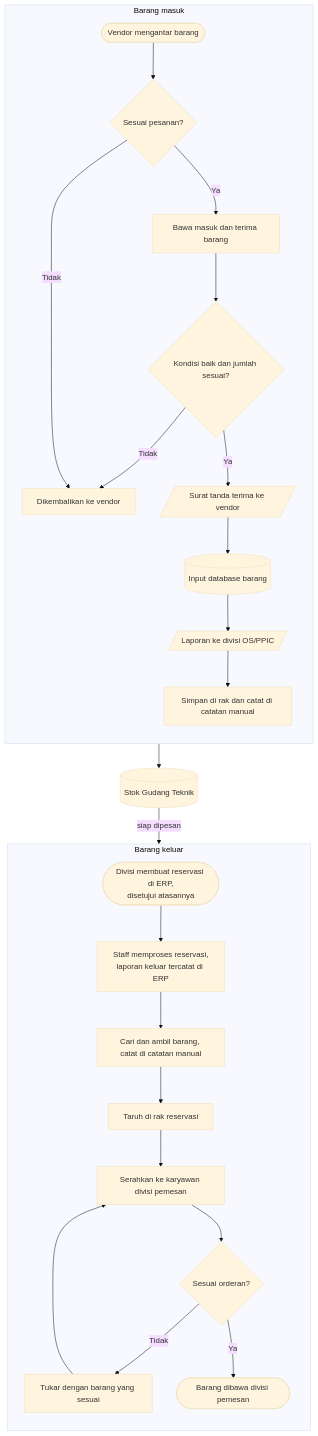
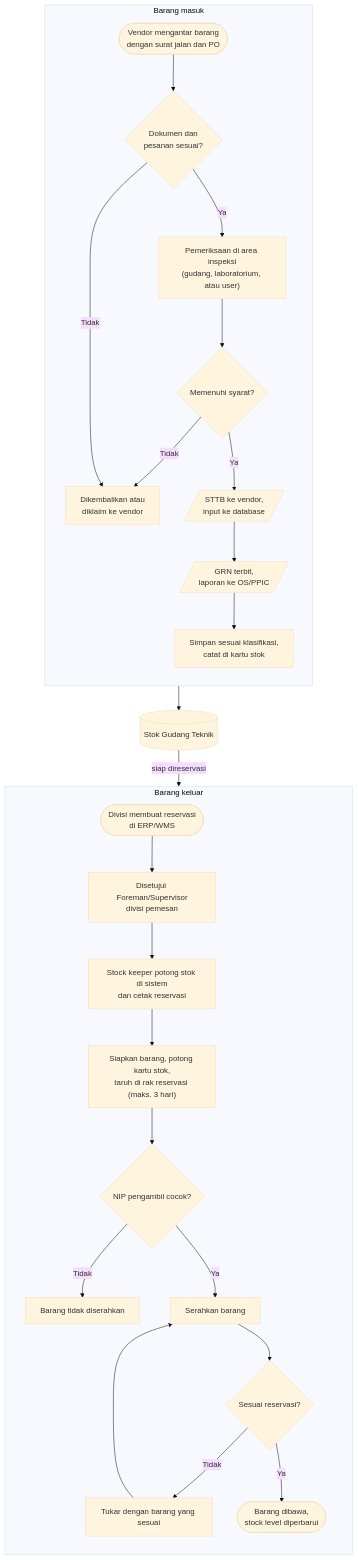
Before and after one commit to Hwarinn66/WareHouse: the diagram in docs/alur-kerja/index.md, drawn with Mermaid (base theme). The commit also changed other lines of this file and 8 other files, not shown here.

First line of the commit message:
Samakan alur kerja dengan instruksi kerja resmi Gudang Teknik

````diff
--- a/docs/alur-kerja/index.md
+++ b/docs/alur-kerja/index.md
@@ -18,30 +18,31 @@
 ```mermaid
 flowchart TD
   accTitle: Flowchart alur warehouse Gudang Teknik
-  accDescr: Barang masuk dari vendor dicek, diterima, dicatat di database, dilaporkan ke OS/PPIC, lalu disimpan di rak sebagai stok. Barang keluar dimulai dari reservasi divisi di ERP yang disetujui Foreman atau Supervisor divisi itu, diproses staff, diambil dari stok, ditaruh di rak reservasi, lalu diserahkan dan dicek oleh karyawan divisi pemesan.
+  accDescr: Barang masuk datang dengan surat jalan dan PO, dicek dokumen dan pesanannya, diperiksa di area inspeksi oleh gudang, laboratorium, atau user, lalu dibuatkan STTB, diinput ke database, diterbitkan GRN, dan disimpan sesuai klasifikasi serta dicatat di kartu stok. Barang keluar dimulai dari reservasi divisi di ERP/WMS yang disetujui Foreman atau Supervisor divisi itu, lalu stock keeper memotong stok, mencetak reservasi, menyiapkan barang di rak reservasi, mencocokkan NIP pengambil, dan menyerahkan barang.
   subgraph MASUK["Barang masuk"]
     direction TB
-    M1(["Vendor mengantar barang"]):::vendor --> M2{"Sesuai pesanan?"}:::cek
-    M2 -- Tidak --> MR["Dikembalikan ke vendor"]:::tolak
-    M2 -- Ya --> M3["Bawa masuk dan terima barang"]:::staff
-    M3 --> M4{"Kondisi baik dan jumlah sesuai?"}:::cek
+    M1(["Vendor mengantar barang<br/>dengan surat jalan dan PO"]):::vendor --> M2{"Dokumen dan<br/>pesanan sesuai?"}:::cek
+    M2 -- Tidak --> MR["Dikembalikan atau<br/>diklaim ke vendor"]:::tolak
+    M2 -- Ya --> M3["Pemeriksaan di area inspeksi<br/>(gudang, laboratorium, atau user)"]:::staff
+    M3 --> M4{"Memenuhi syarat?"}:::cek
     M4 -- Tidak --> MR
-    M4 -- Ya --> M5[/"Surat tanda terima ke vendor"/]:::dokumen
-    M5 --> M6[("Input database barang")]:::sistem
-    M6 --> M7[/"Laporan ke divisi OS/PPIC"/]:::dokumen
-    M7 --> M8["Simpan di rak dan catat di catatan manual"]:::staff
+    M4 -- Ya --> M5[/"STTB ke vendor,<br/>input ke database"/]:::dokumen
+    M5 --> M6[/"GRN terbit,<br/>laporan ke OS/PPIC"/]:::dokumen
+    M6 --> M7["Simpan sesuai klasifikasi,<br/>catat di kartu stok"]:::staff
   end
-  M8 --> S[("Stok Gudang Teknik")]:::sistem
+  M7 --> S[("Stok Gudang Teknik")]:::sistem
   subgraph KELUAR["Barang keluar"]
     direction TB
-    K1(["Divisi membuat reservasi di ERP,<br/>disetujui atasannya"]):::divisi --> K2["Staff memproses reservasi,<br/>laporan keluar tercatat di ERP"]:::staff
-    K2 --> K3["Cari dan ambil barang, catat di catatan manual"]:::staff
-    K3 --> K4["Taruh di rak reservasi"]:::staff
-    K4 --> K5["Serahkan ke karyawan divisi pemesan"]:::staff
-    K5 --> K6{"Sesuai orderan?"}:::cek
-    K6 -- Tidak --> K7["Tukar dengan barang yang sesuai"]:::tolak
-    K7 --> K5
-    K6 -- Ya --> K8(["Barang dibawa divisi pemesan"]):::selesai
+    K1(["Divisi membuat reservasi<br/>di ERP/WMS"]):::divisi --> K2["Disetujui Foreman/Supervisor<br/>divisi pemesan"]:::divisi
+    K2 --> K3["Stock keeper potong stok di sistem<br/>dan cetak reservasi"]:::staff
+    K3 --> K4["Siapkan barang, potong kartu stok,<br/>taruh di rak reservasi (maks. 3 hari)"]:::staff
+    K4 --> K5{"NIP pengambil cocok?"}:::cek
+    K5 -- Tidak --> K5T["Barang tidak diserahkan"]:::tolak
+    K5 -- Ya --> K6["Serahkan barang"]:::staff
+    K6 --> K7{"Sesuai reservasi?"}:::cek
+    K7 -- Tidak --> K8["Tukar dengan barang yang sesuai"]:::tolak
+    K8 --> K6
+    K7 -- Ya --> K9(["Barang dibawa,<br/>stock level diperbarui"]):::selesai
   end
-  S -- "siap dipesan" --> K1
+  S -- "siap direservasi" --> K1
 ```
````
